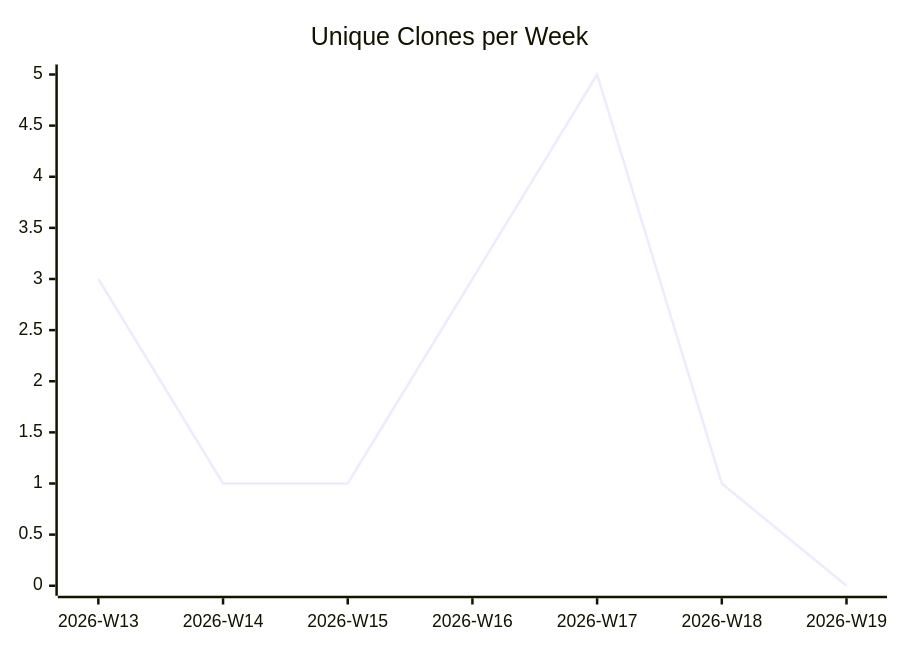
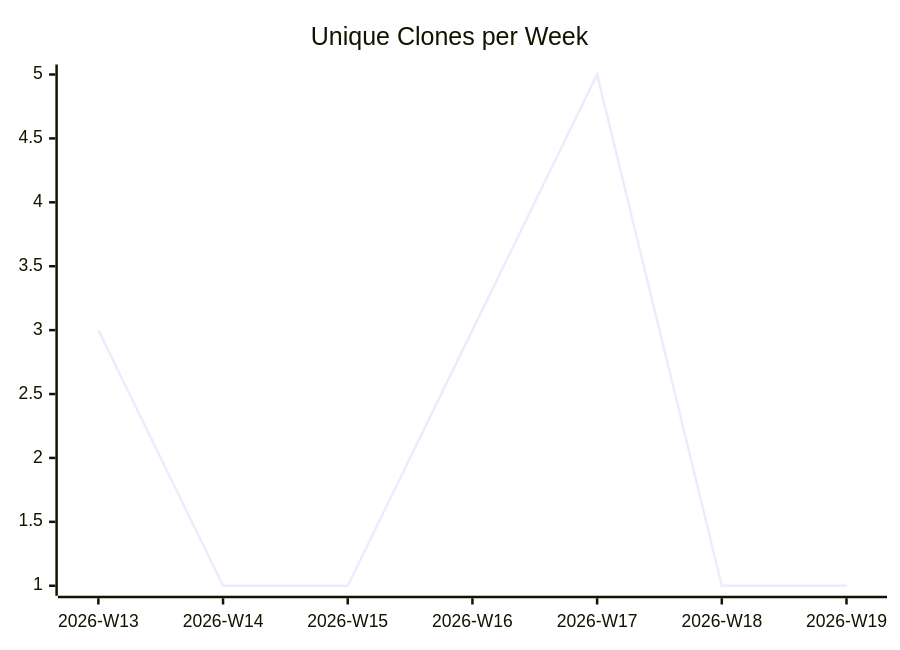
One commit to justdavis-family/github-analytics-data changed the third of 3 diagrams in karlmdavis/stockfighter-trades-solutions/README.md. Above: the diagram before and after it, drawn with Mermaid. The commit also changed other lines of this file and 187 other files, not shown here.

````diff
--- a/karlmdavis/stockfighter-trades-solutions/README.md
+++ b/karlmdavis/stockfighter-trades-solutions/README.md
@@ -19,6 +19,6 @@
 ```mermaid
 xychart-beta
   title "Unique Clones per Week"
   x-axis ["2026-W13", "2026-W14", "2026-W15", "2026-W16", "2026-W17", "2026-W18", "2026-W19"]
-  line [3, 1, 1, 3, 5, 1, 0]
+  line [3, 1, 1, 3, 5, 1, 1]
 ```
````
